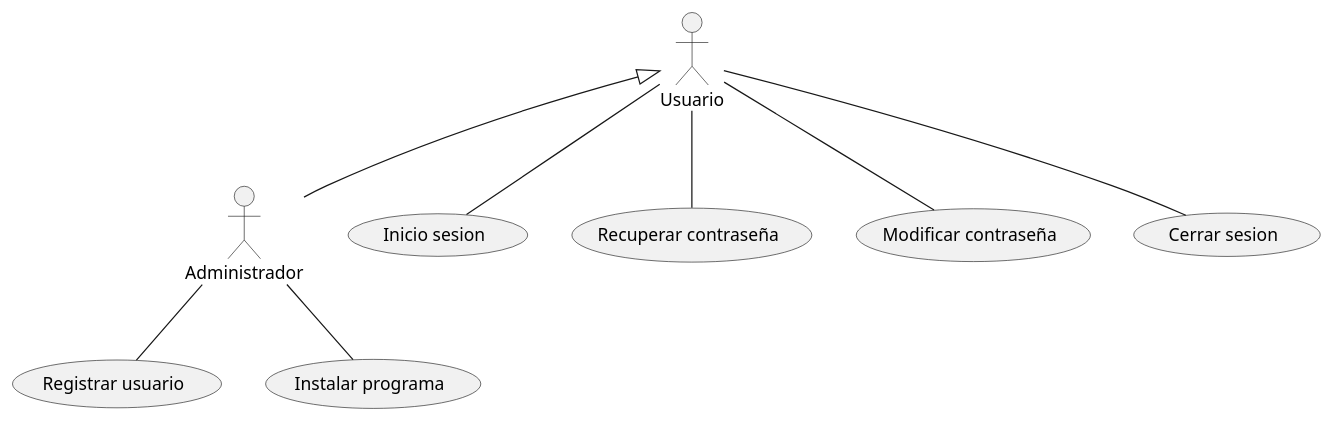
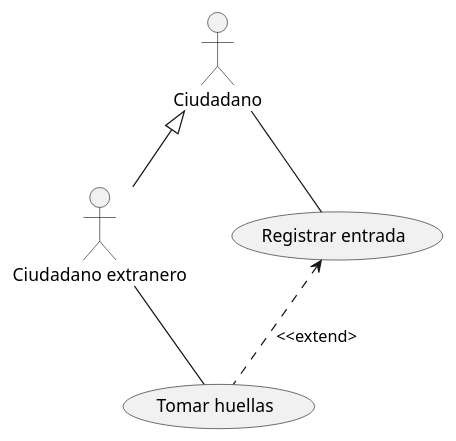
One commit to alejaandroobc/CasosDeUso_UML changed the diagram in src/CasosDeUso_UML.puml. Above: the diagram before and after it, drawn with PlantUML.

Commit message:
Ejemplo puesto fronterizo

```diff
--- a/src/CasosDeUso_UML.puml
+++ b/src/CasosDeUso_UML.puml
@@ -1,17 +1,10 @@
 @startuml
-:Usuario:
-:Administrador:
-usecase "Inicio sesion" as UC1
-usecase "Recuperar contraseña" as UC2
-usecase "Modificar contraseña" as UC3
-usecase "Cerrar sesion" as UC4
-usecase "Registrar usuario" as UC5
-usecase "Instalar programa" as UC6
-Usuario -- UC1
-Usuario -- UC2
-Usuario -- UC3
-Usuario --UC4
-Usuario <|-- Administrador
-Administrador -- UC5
-Administrador -- UC6
+:Ciudadano:
+:Ciudadano extranero: as CiuEx
+usecase "Registrar entrada" as UC1
+usecase "Tomar huellas" as UC2
+Ciudadano <|-- CiuEx
+Ciudadano -- UC1
+CiuEx -- UC2
+UC1 <.. UC2 : <<extend>
 @enduml
```
